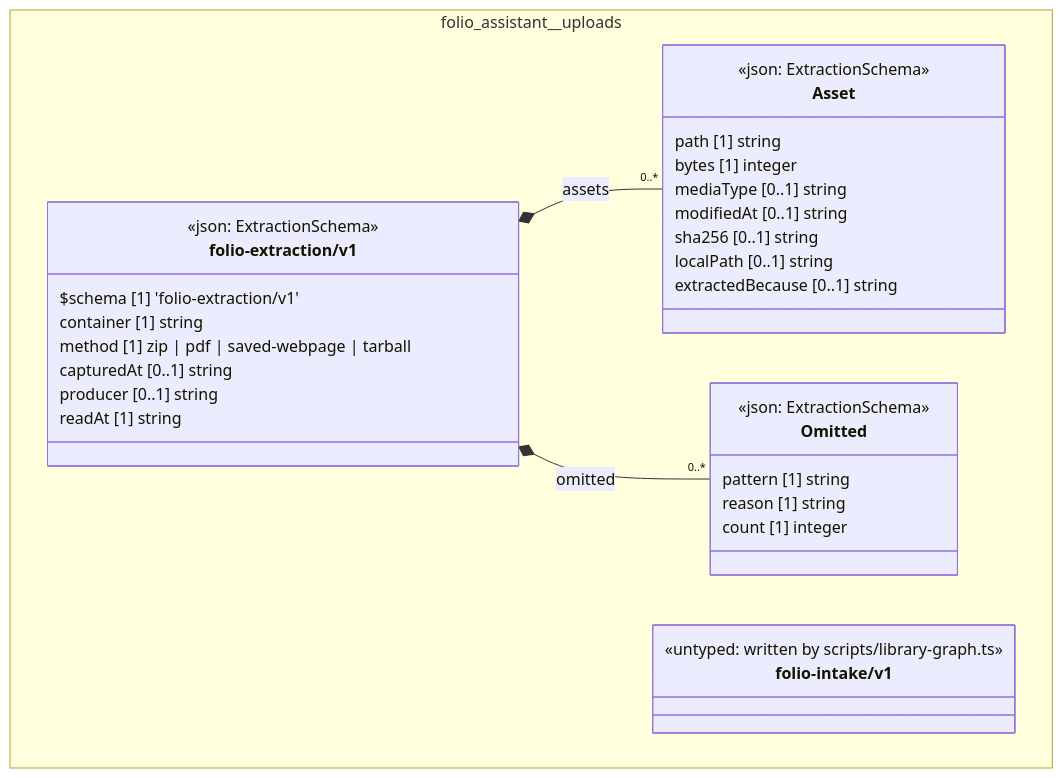
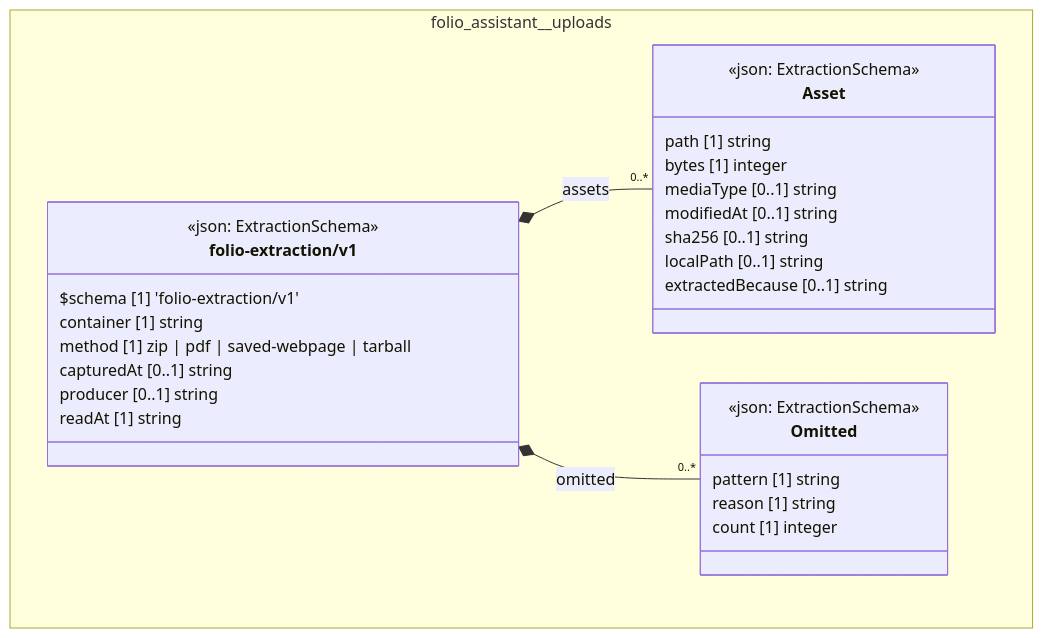
Before and after one commit to litlfred/folio-assistant: the diagram in cat-harness/docs/uml/overview/folio-assistant/uploads.md, drawn with Mermaid. The commit also changed other lines of this file and 150 other files, not shown here.

First line of the commit message:
uml: draw only the $schema families a sub-graph actually holds

````diff
--- a/cat-harness/docs/uml/overview/folio-assistant/uploads.md
+++ b/cat-harness/docs/uml/overview/folio-assistant/uploads.md
@@ -12,40 +12,36 @@
 ```mermaid
 classDiagram
   direction TB
   namespace folio_assistant__uploads {
     class folio_assistant_uploads_folio_extraction_v1_Asset["Asset"] {
       <<json: ExtractionSchema>>
       path [1] string
       bytes [1] integer
       mediaType [0..1] string
       modifiedAt [0..1] string
       sha256 [0..1] string
       localPath [0..1] string
       extractedBecause [0..1] string
     }
     class folio_assistant_uploads_folio_extraction_v1_Omitted["Omitted"] {
       <<json: ExtractionSchema>>
       pattern [1] string
       reason [1] string
       count [1] integer
     }
     class folio_assistant_uploads_folio_extraction_v1_folio_extraction_v1["folio-extraction/v1"] {
       <<json: ExtractionSchema>>
       $schema [1] 'folio-extraction/v1'
       container [1] string
       method [1] zip | pdf | saved-webpage | tarball
       capturedAt [0..1] string
       producer [0..1] string
       readAt [1] string
     }
-    class folio_assistant_uploads_folio_intake_v1["folio-intake/v1"] {
-      <<untyped: written by scripts/library-graph.ts>>
-    }
   }
   folio_assistant_uploads_folio_extraction_v1_folio_extraction_v1 *-- "0..*" folio_assistant_uploads_folio_extraction_v1_Asset : assets
   folio_assistant_uploads_folio_extraction_v1_folio_extraction_v1 *-- "0..*" folio_assistant_uploads_folio_extraction_v1_Omitted : omitted
   cssClass "folio_assistant_uploads_folio_extraction_v1_Asset" fa_uml_kind_uploads
   cssClass "folio_assistant_uploads_folio_extraction_v1_Omitted" fa_uml_kind_uploads
   cssClass "folio_assistant_uploads_folio_extraction_v1_folio_extraction_v1" fa_uml_kind_uploads
-  cssClass "folio_assistant_uploads_folio_intake_v1" fa_uml_kind_uploads
 ```
````
